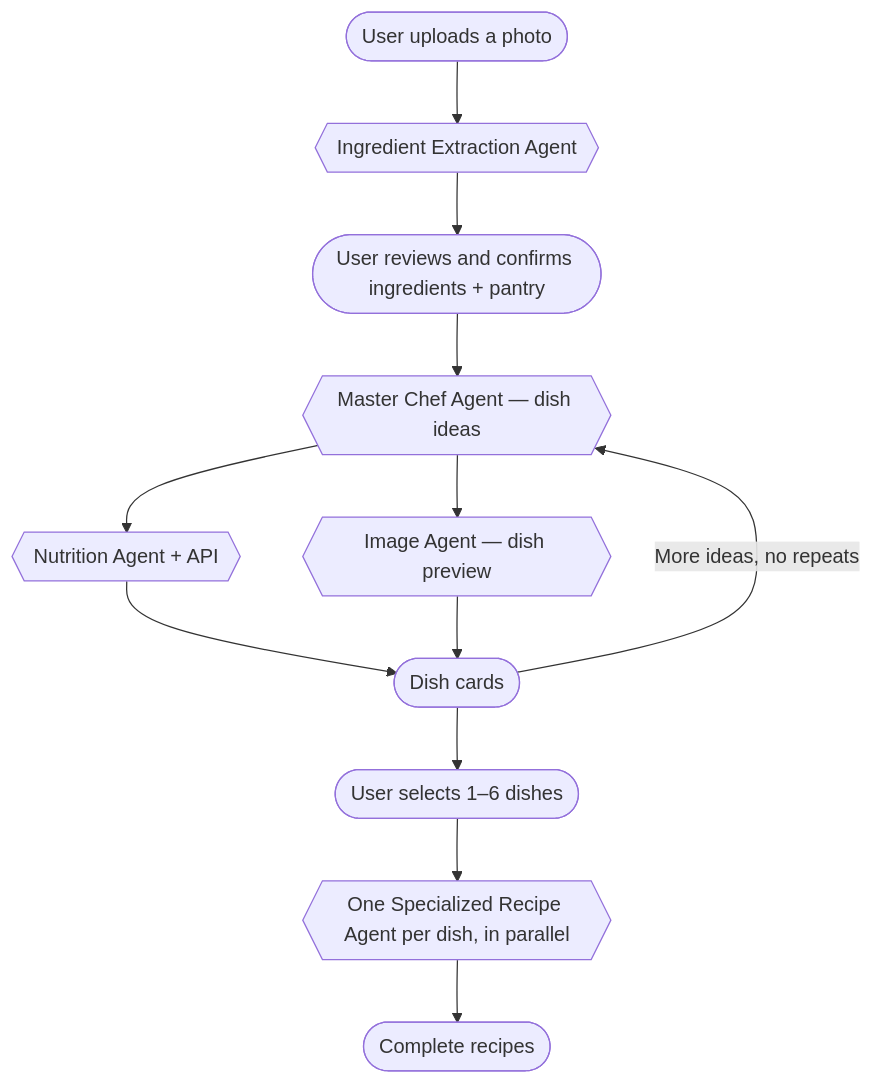
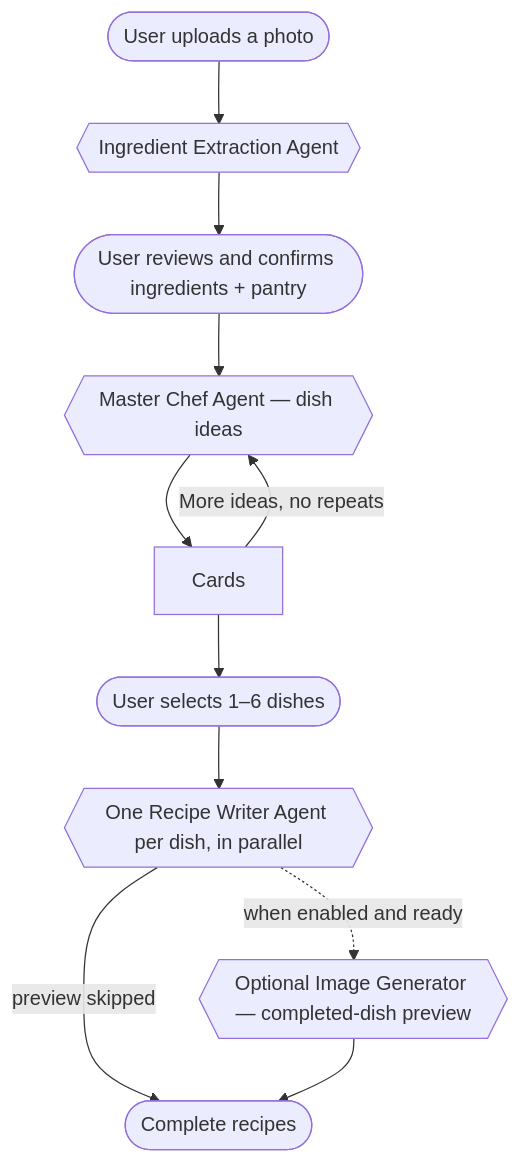
Before and after one commit to samarthmn/cook-mantra: the second of 3 diagrams in docs/architecture-doc.md, drawn with Mermaid. The commit also changed other lines of this file and 164 other files, not shown here.

````diff
--- a/docs/architecture-doc.md
+++ b/docs/architecture-doc.md
@@ -53,14 +55,13 @@
 ```mermaid
 flowchart TD
     Upload([User uploads a photo]) --> Extract{{Ingredient Extraction Agent}}
     Extract --> Confirm([User reviews and confirms ingredients + pantry])
     Confirm --> Chef{{Master Chef Agent — dish ideas}}
-    Chef --> Nut{{Nutrition Agent + API}}
-    Chef --> Img{{Image Agent — dish preview}}
-    Nut --> Cards([Dish cards])
-    Img --> Cards
+    Chef --> Cards
     Cards -->|More ideas, no repeats| Chef
     Cards --> Select([User selects 1–6 dishes])
-    Select --> Spec{{One Specialized Recipe Agent per dish, in parallel}}
-    Spec --> Done([Complete recipes])
+    Select --> Writer{{One Recipe Writer Agent per dish, in parallel}}
+    Writer -->|"preview skipped"| Done([Complete recipes])
+    Writer -. "when enabled and ready" .-> Img{{Optional Image Generator — completed-dish preview}}
+    Img --> Done
 ```
````
